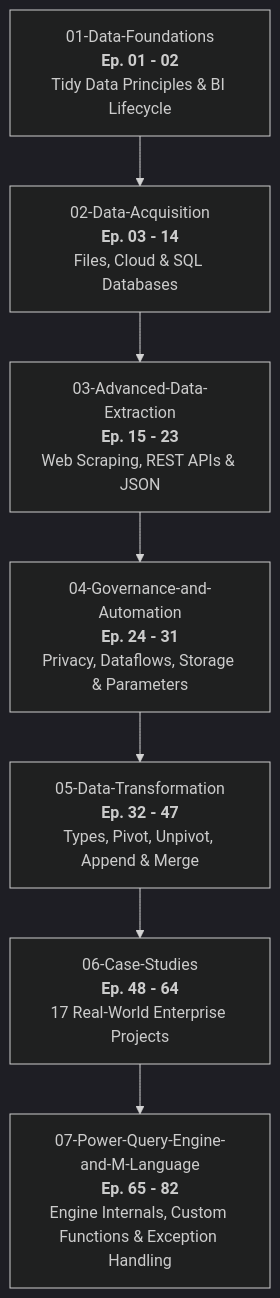
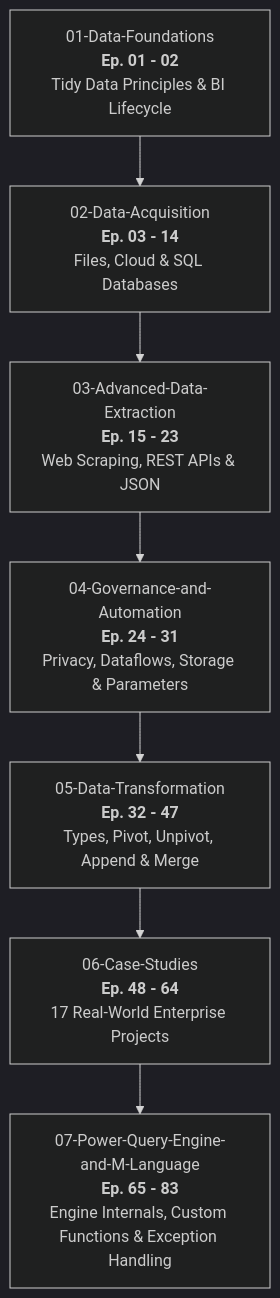
Before and after one commit to Sohila-Khaled-Abbas/powerbi-data-analysis-diploma: the diagram in README.md, drawn with Mermaid (dark theme). The commit also changed other lines of this file and 76 other files, not shown here.

````diff
--- a/README.md
+++ b/README.md
@@ -29,9 +29,9 @@
 ```mermaid
 graph TD
     M1["01-Data-Foundations<br><b>Ep. 01 - 02</b><br>Tidy Data Principles & BI Lifecycle"] --> M2["02-Data-Acquisition<br><b>Ep. 03 - 14</b><br>Files, Cloud & SQL Databases"]
     M2 --> M3["03-Advanced-Data-Extraction<br><b>Ep. 15 - 23</b><br>Web Scraping, REST APIs & JSON"]
     M3 --> M4["04-Governance-and-Automation<br><b>Ep. 24 - 31</b><br>Privacy, Dataflows, Storage & Parameters"]
     M4 --> M5["05-Data-Transformation<br><b>Ep. 32 - 47</b><br>Types, Pivot, Unpivot, Append & Merge"]
     M5 --> M6["06-Case-Studies<br><b>Ep. 48 - 64</b><br>17 Real-World Enterprise Projects"]
-    M6 --> M7["07-Power-Query-Engine-and-M-Language<br><b>Ep. 65 - 82</b><br>Engine Internals, Custom Functions & Exception Handling"]
+    M6 --> M7["07-Power-Query-Engine-and-M-Language<br><b>Ep. 65 - 83</b><br>Engine Internals, Custom Functions & Exception Handling"]
 ```
````
